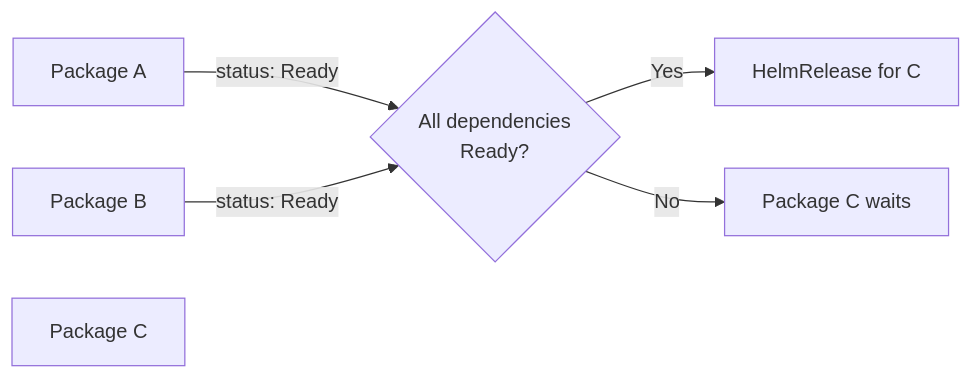
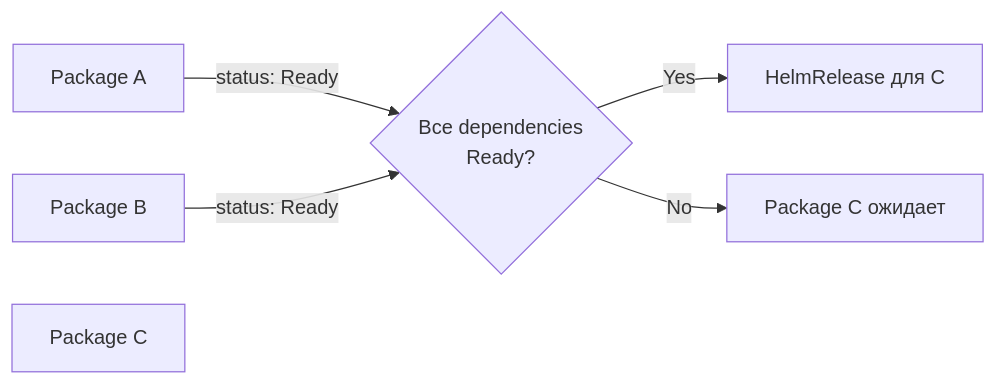
Before and after one commit to katamarina-ru/cozystack-website: the third of 9 diagrams in content/en/docs/v1.3/guides/concepts.md, drawn with Mermaid. The commit also changed other lines of this file and 55 other files, not shown here.

````diff
--- a/content/en/docs/v1.3/guides/concepts.md
+++ b/content/en/docs/v1.3/guides/concepts.md
@@ -163,13 +163,13 @@
 ```mermaid
 flowchart LR
     A["Package A"]
     B["Package B"]
-    CHECK{"All dependencies<br/>Ready?"}
+    CHECK{"Все dependencies<br/>Ready?"}
     C["Package C"]
-    HR["HelmRelease for C"]
+    HR["HelmRelease для C"]
 
     A -->|"status: Ready"| CHECK
     B -->|"status: Ready"| CHECK
     CHECK -->|"Yes"| HR
-    CHECK -->|"No"| WAIT["Package C waits"]
+    CHECK -->|"No"| WAIT["Package C ожидает"]
 ```
````
